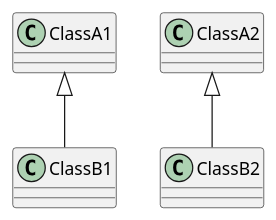
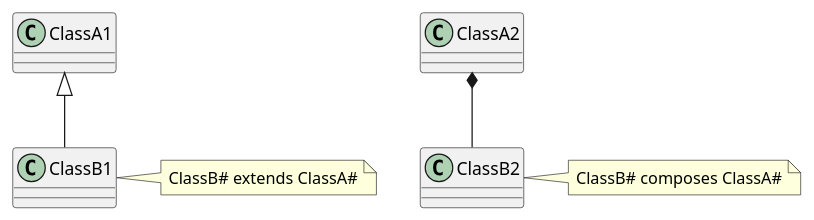
Before and after one commit to MichaelHabib/notebook: the first of 4 diagrams in source/_information-technology/programming_plantuml_plantuml-guide-using-asciidoc.adoc, drawn with PlantUML. The commit also changed other lines of this file, not shown here.

```diff
--- a/source/_information-technology/programming_plantuml_plantuml-guide-using-asciidoc.adoc
+++ b/source/_information-technology/programming_plantuml_plantuml-guide-using-asciidoc.adoc
@@ -10,7 +9,8 @@
-[plantuml, diagram-classes, png]
+[plantuml]
 ----
 ClassA1 <|-- ClassB1
-Class ClassB2 extends ClassA2{
+	note right: ClassB# extends ClassA#
 
-}
+ClassA2 *-- ClassB2
+	note right: ClassB# composes ClassA#
 ----
```
